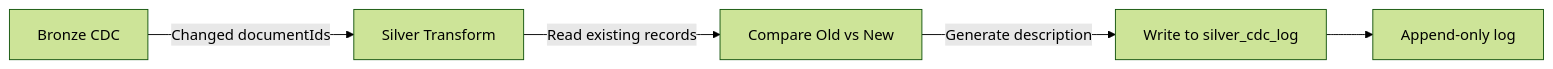
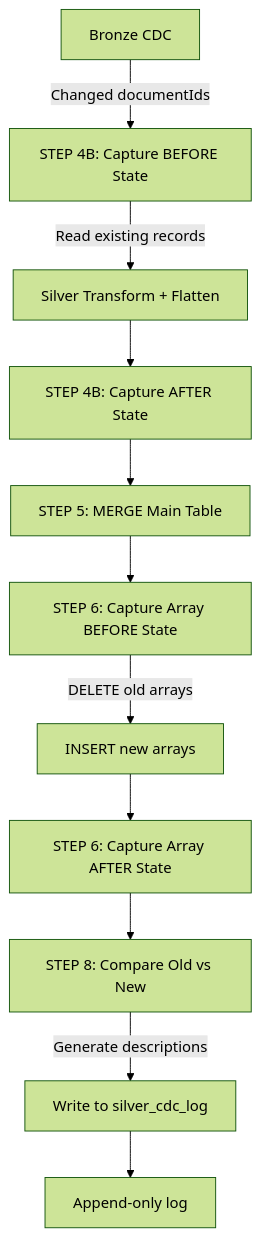
Before and after one commit to ukfrs-CDDFRS/FaRDaP_Incident_Analytical: the third of 3 diagrams in guideance/CDC_CHANGE_TRACKING.md, drawn with Mermaid (forest theme). The commit also changed other lines of this file and 1 other file, not shown here.

````diff
--- a/guideance/CDC_CHANGE_TRACKING.md
+++ b/guideance/CDC_CHANGE_TRACKING.md
@@ -69,7 +165,13 @@
 ```mermaid
-graph LR
-    A[Bronze CDC] -->|Changed documentIds| B[Silver Transform]
-    B -->|Read existing records| C[Compare Old vs New]
-    C -->|Generate description| D[Write to silver_cdc_log]
-    D --> E[Append-only log]
+graph TB
+    A[Bronze CDC] -->|Changed documentIds| B[STEP 4B: Capture BEFORE State]
+    B -->|Read existing records| C[Silver Transform + Flatten]
+    C --> D[STEP 4B: Capture AFTER State]
+    D --> E[STEP 5: MERGE Main Table]
+    E --> F[STEP 6: Capture Array BEFORE State]
+    F -->|DELETE old arrays| G[INSERT new arrays]
+    G --> H[STEP 6: Capture Array AFTER State]
+    H --> I[STEP 8: Compare Old vs New]
+    I -->|Generate descriptions| J[Write to silver_cdc_log]
+    J --> K[Append-only log]
 ```
````
